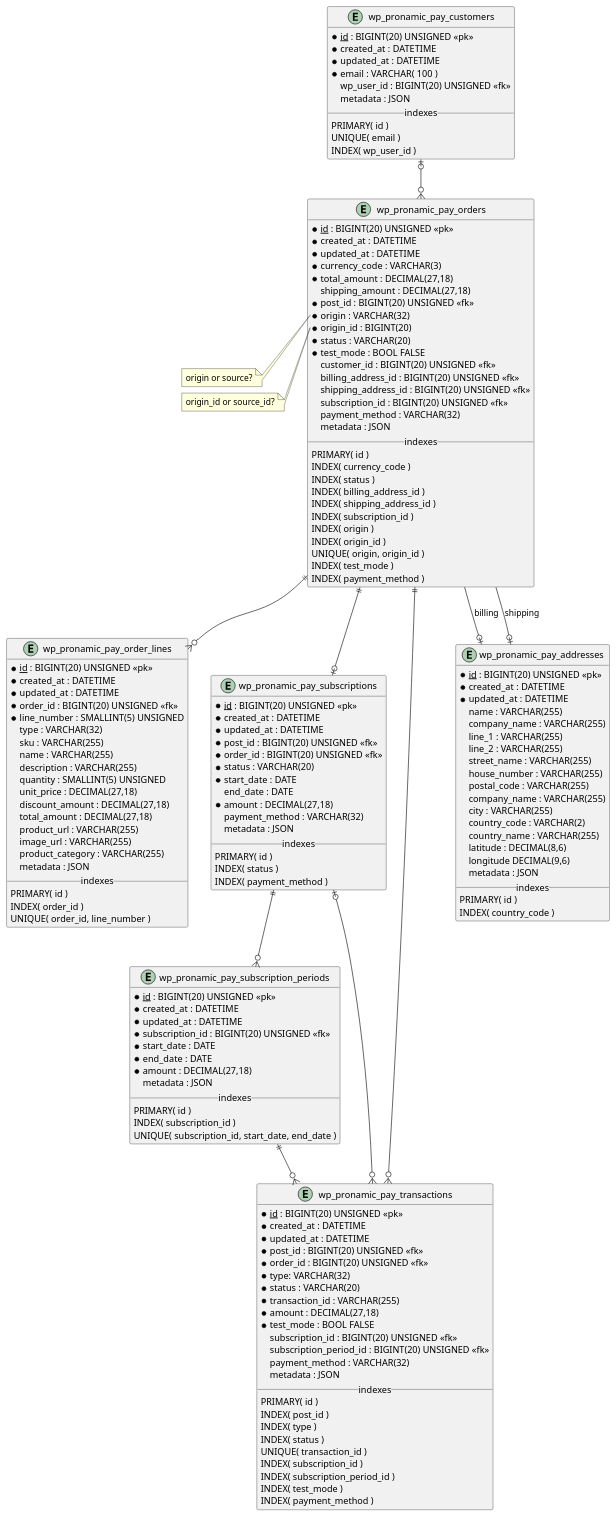
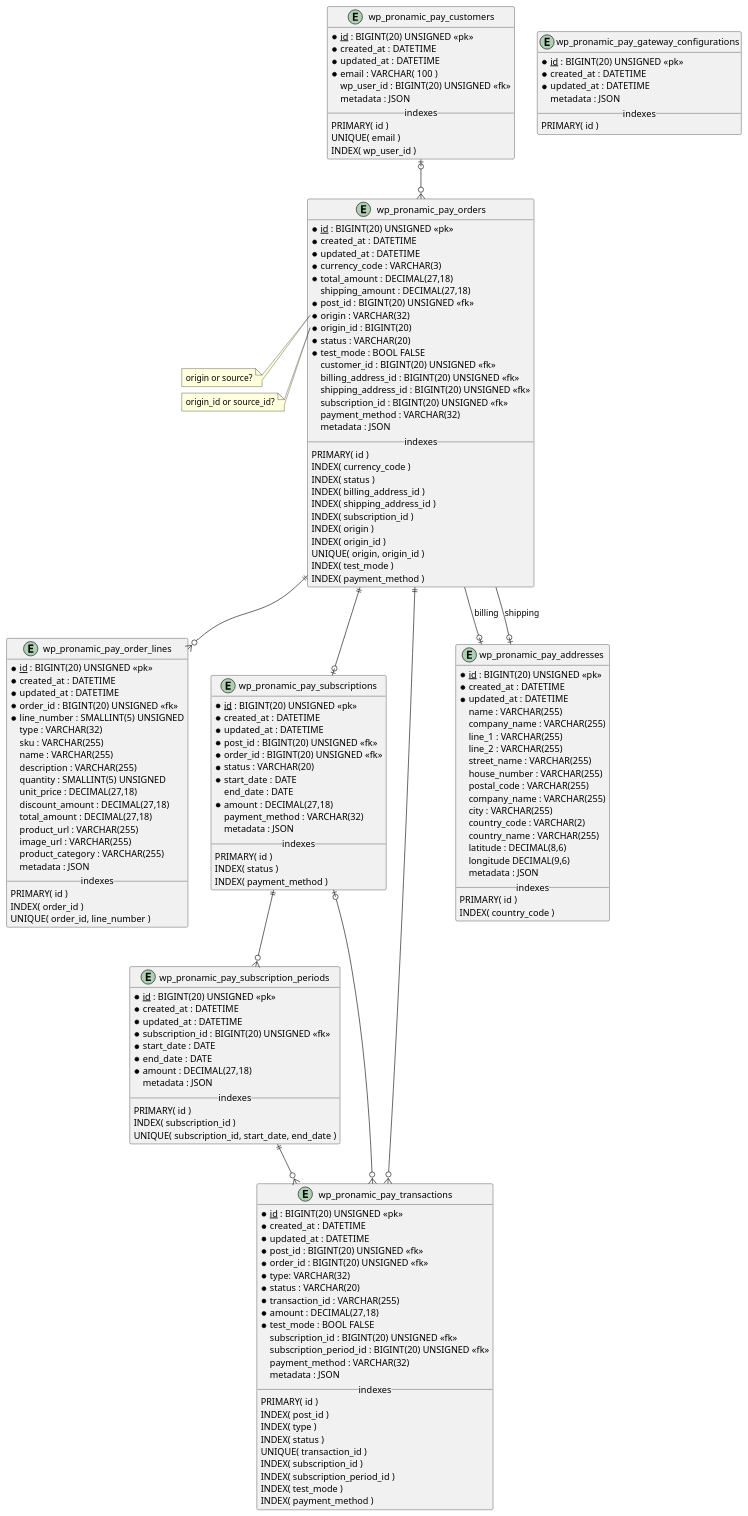
One commit to 8KCool/WordPress-Plugin-iDEAL-Bancontact- changed the diagram in documentation/db.plantuml. Above: the diagram before and after it, drawn with PlantUML.

Commit message:
Added gateway configurations table.

```diff
--- a/documentation/db.plantuml
+++ b/documentation/db.plantuml
@@ -1,178 +1,187 @@
 @startuml
 
 ' https://plantuml.com/ie-diagram
 ' https://stackoverflow.com/questions/46658847/crypto-currency-mysql-datatypes
 ' https://laravel.com/docs/4.2/eloquent#timestamps
 ' https://dev.mysql.com/doc/refman/8.0/en/json.html
 
 entity "wp_pronamic_pay_customers" as customer {
 	* <u>id</u> : BIGINT(20) UNSIGNED <<pk>>
 	* created_at : DATETIME
 	* updated_at : DATETIME
 	* email : VARCHAR( 100 )
 	wp_user_id : BIGINT(20) UNSIGNED <<fk>>
 	metadata : JSON
 	__ indexes __
 	PRIMARY( id )
 	UNIQUE( email )
 	INDEX( wp_user_id )
 }
 
 entity "wp_pronamic_pay_orders" as order {
 	* <u>id</u> : BIGINT(20) UNSIGNED <<pk>>
 	* created_at : DATETIME
 	* updated_at : DATETIME
 	* currency_code : VARCHAR(3)
 	* total_amount : DECIMAL(27,18)
 	shipping_amount : DECIMAL(27,18)
 	* post_id : BIGINT(20) UNSIGNED <<fk>>
 	* origin : VARCHAR(32)
 	* origin_id : BIGINT(20)
 	* status : VARCHAR(20)
 	* test_mode : BOOL FALSE
 	customer_id : BIGINT(20) UNSIGNED <<fk>>
 	billing_address_id : BIGINT(20) UNSIGNED <<fk>>
 	shipping_address_id : BIGINT(20) UNSIGNED <<fk>>
 	subscription_id : BIGINT(20) UNSIGNED <<fk>>
 	payment_method : VARCHAR(32)
 	metadata : JSON
 	__ indexes __
 	PRIMARY( id )
 	INDEX( currency_code )
 	INDEX( status )
 	INDEX( billing_address_id )
 	INDEX( shipping_address_id )
 	INDEX( subscription_id )
 	INDEX( origin )
 	INDEX( origin_id )
 	UNIQUE( origin, origin_id )
 	INDEX( test_mode )
 	INDEX( payment_method )
 }
 
 note left of order::origin
   origin or source?
 end note
 
 note left of order::origin_id
   origin_id or source_id?
 end note
 
 entity "wp_pronamic_pay_order_lines" as order_line {
 	* <u>id</u> : BIGINT(20) UNSIGNED <<pk>>
 	* created_at : DATETIME
 	* updated_at : DATETIME
 	* order_id : BIGINT(20) UNSIGNED <<fk>>
 	* line_number : SMALLINT(5) UNSIGNED
 	type : VARCHAR(32)
 	sku : VARCHAR(255)
 	name : VARCHAR(255)
 	description : VARCHAR(255)
 	quantity : SMALLINT(5) UNSIGNED
 	unit_price : DECIMAL(27,18)
 	discount_amount : DECIMAL(27,18)
 	total_amount : DECIMAL(27,18)
 	product_url : VARCHAR(255)
 	image_url : VARCHAR(255)
 	product_category : VARCHAR(255)
 	metadata : JSON
 	__ indexes __
 	PRIMARY( id )
 	INDEX( order_id )
 	UNIQUE( order_id, line_number )
 }
 
 entity "wp_pronamic_pay_subscriptions" as subscription {
 	* <u>id</u> : BIGINT(20) UNSIGNED <<pk>>
 	* created_at : DATETIME
 	* updated_at : DATETIME
 	* post_id : BIGINT(20) UNSIGNED <<fk>>
 	* order_id : BIGINT(20) UNSIGNED <<fk>>
 	* status : VARCHAR(20)
 	* start_date : DATE
 	end_date : DATE
 	* amount : DECIMAL(27,18)
 	payment_method : VARCHAR(32)
 	metadata : JSON
 	__ indexes __
 	PRIMARY( id )
 	INDEX( status )
 	INDEX( payment_method )
 }
 
 entity "wp_pronamic_pay_subscription_periods" as subscription_period {
 	* <u>id</u> : BIGINT(20) UNSIGNED <<pk>>
 	* created_at : DATETIME
 	* updated_at : DATETIME
 	* subscription_id : BIGINT(20) UNSIGNED <<fk>>
 	* start_date : DATE
 	* end_date : DATE
 	* amount : DECIMAL(27,18)
 	metadata : JSON
 	__ indexes __
 	PRIMARY( id )
 	INDEX( subscription_id )
 	UNIQUE( subscription_id, start_date, end_date )
 }
 
 entity "wp_pronamic_pay_transactions" as transaction {
 	* <u>id</u> : BIGINT(20) UNSIGNED <<pk>>
 	* created_at : DATETIME
 	* updated_at : DATETIME
 	* post_id : BIGINT(20) UNSIGNED <<fk>>
 	* order_id : BIGINT(20) UNSIGNED <<fk>>
 	* type: VARCHAR(32)
 	* status : VARCHAR(20)
 	* transaction_id : VARCHAR(255)
 	* amount : DECIMAL(27,18)
 	* test_mode : BOOL FALSE
 	subscription_id : BIGINT(20) UNSIGNED <<fk>>
 	subscription_period_id : BIGINT(20) UNSIGNED <<fk>>
 	payment_method : VARCHAR(32)
 	metadata : JSON
 	__ indexes __
 	PRIMARY( id )
 	INDEX( post_id )
 	INDEX( type )
 	INDEX( status )
 	UNIQUE( transaction_id )
 	INDEX( subscription_id )
 	INDEX( subscription_period_id )
 	INDEX( test_mode )
 	INDEX( payment_method )
 }
 
 entity "wp_pronamic_pay_addresses" as address {
 	* <u>id</u> : BIGINT(20) UNSIGNED <<pk>>
 	* created_at : DATETIME
 	* updated_at : DATETIME
 	name : VARCHAR(255)
 	company_name : VARCHAR(255)
 	line_1 : VARCHAR(255)
 	line_2 : VARCHAR(255)
 	street_name : VARCHAR(255)
 	house_number : VARCHAR(255)
 	postal_code : VARCHAR(255)
 	company_name : VARCHAR(255)
 	city : VARCHAR(255)
 	country_code : VARCHAR(2)
 	country_name : VARCHAR(255)
 	latitude : DECIMAL(8,6)
 	longitude DECIMAL(9,6)
 	metadata : JSON
 	__ indexes __
 	PRIMARY( id )
 	INDEX( country_code )
 }
 
+entity "wp_pronamic_pay_gateway_configurations" as gateway_configuration {
+	* <u>id</u> : BIGINT(20) UNSIGNED <<pk>>
+	* created_at : DATETIME
+	* updated_at : DATETIME
+	metadata : JSON
+	__ indexes __
+	PRIMARY( id )
+}
+
 customer |o--o{ order
 order --o| address : billing
 order --o| address : shipping
 order ||--o| subscription
 order ||--o{ order_line
 order ||--o{ transaction
 subscription ||--o{ subscription_period
 subscription |o--o{ transaction
 subscription_period ||--o{ transaction
 
 @enduml
```
